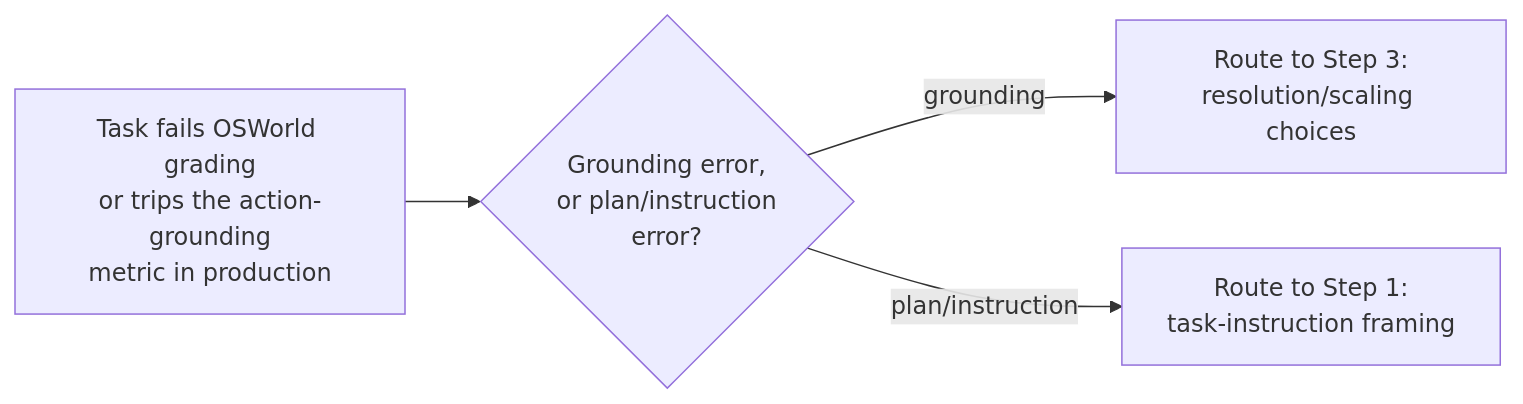
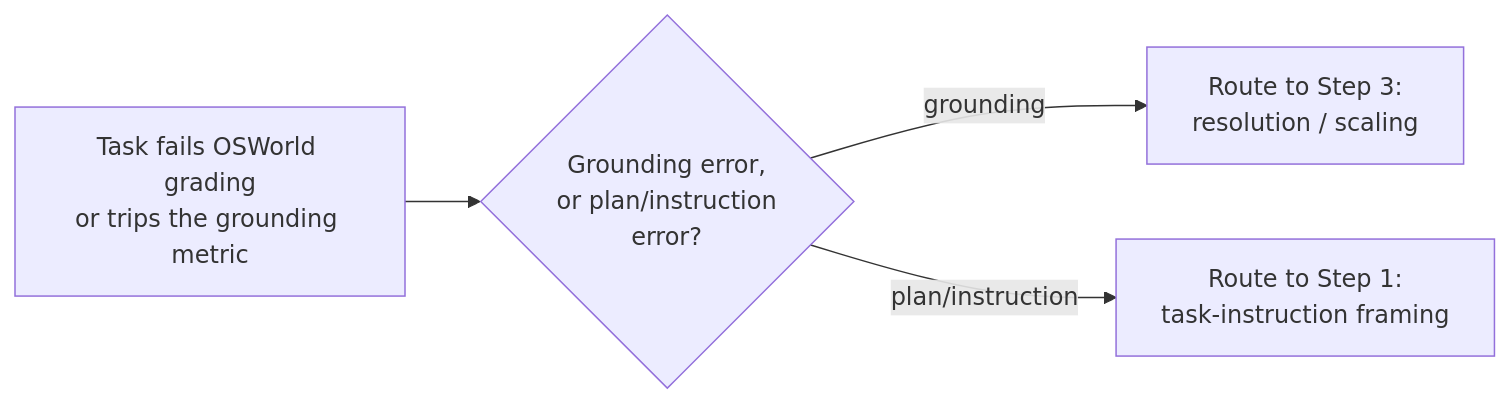
Before and after one commit to romancobblepot/AI-system-design-primer: the seventh of 7 diagrams in case-studies/computer-use-agent/README.md, drawn with Mermaid. The commit also changed other lines of this file and 49 other files, not shown here.

````diff
--- a/case-studies/computer-use-agent/README.md
+++ b/case-studies/computer-use-agent/README.md
@@ -299,6 +381,6 @@
 ```mermaid
 flowchart LR
-    FAIL["Task fails OSWorld grading\nor trips the action-grounding\nmetric in production"] --> DIAG{"Grounding error,\nor plan/instruction\nerror?"}
-    DIAG -->|"grounding"| S3["Route to Step 3:\nresolution/scaling choices"]
+    FAIL["Task fails OSWorld grading\nor trips the grounding metric"] --> DIAG{"Grounding error,\nor plan/instruction\nerror?"}
+    DIAG -->|"grounding"| S3["Route to Step 3:\nresolution / scaling"]
     DIAG -->|"plan/instruction"| S1["Route to Step 1:\ntask-instruction framing"]
 ```
````
